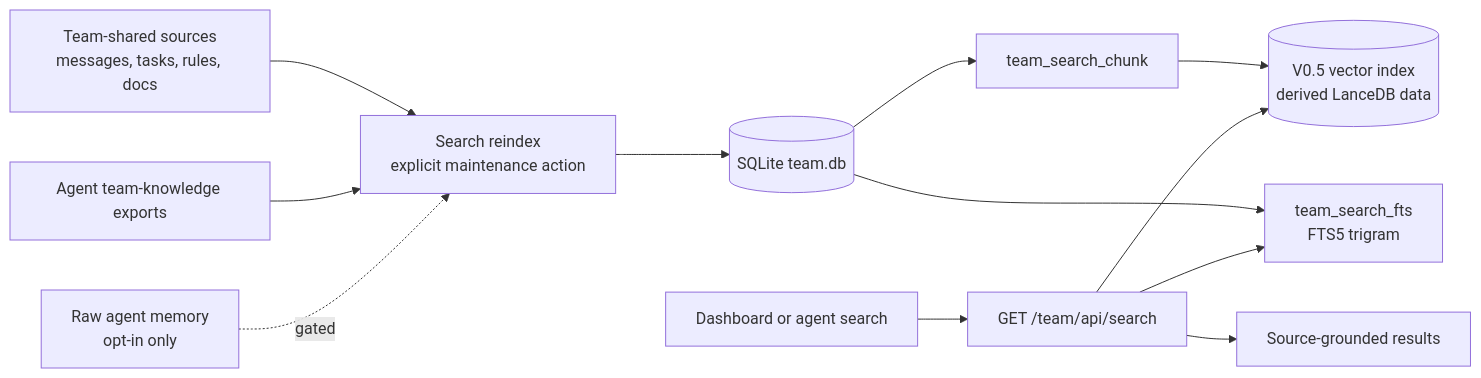
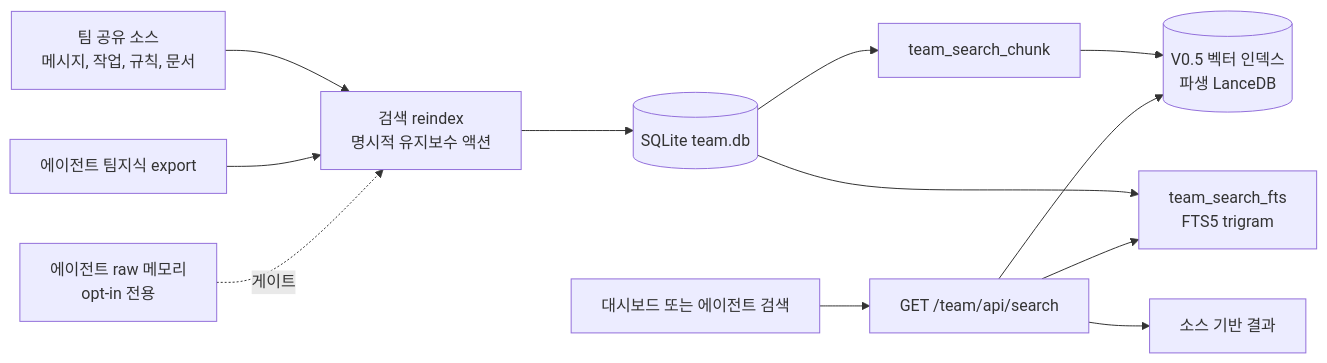
The sixth of 6 diagrams in docs/COMMUNICATION_FLOW.md (b3rys/b3rys-team-os), drawn with Mermaid before and after one commit. The commit also changed other lines of this file, not shown here.

First line of the commit message:
docs(comm-flow): 한글화 + mermaid 파싱에러 수정 (#31)

````diff
--- a/docs/COMMUNICATION_FLOW.md
+++ b/docs/COMMUNICATION_FLOW.md
@@ -185,14 +187,14 @@
 ```mermaid
 flowchart LR
-  A[Team-shared sources<br/>messages, tasks, rules, docs] --> B[Search reindex<br/>explicit maintenance action]
-  K[Agent team-knowledge exports] --> B
-  M[Raw agent memory<br/>opt-in only] -. gated .-> B
-  B --> C[(SQLite team.db)]
-  C --> D[team_search_chunk]
-  C --> E[team_search_fts<br/>FTS5 trigram]
-  D --> V[(V0.5 vector index<br/>derived LanceDB data)]
-  F[Dashboard or agent search] --> G[GET /team/api/search]
+  A["팀 공유 소스<br/>메시지, 작업, 규칙, 문서"] --> B["검색 reindex<br/>명시적 유지보수 액션"]
+  K["에이전트 팀지식 export"] --> B
+  M["에이전트 raw 메모리<br/>opt-in 전용"] -. "게이트" .-> B
+  B --> C[("SQLite team.db")]
+  C --> D["team_search_chunk"]
+  C --> E["team_search_fts<br/>FTS5 trigram"]
+  D --> V[("V0.5 벡터 인덱스<br/>파생 LanceDB")]
+  F["대시보드 또는 에이전트 검색"] --> G["GET /team/api/search"]
   G --> E
   G --> V
-  G --> H[Source-grounded results]
+  G --> H["소스 기반 결과"]
 ```
````
